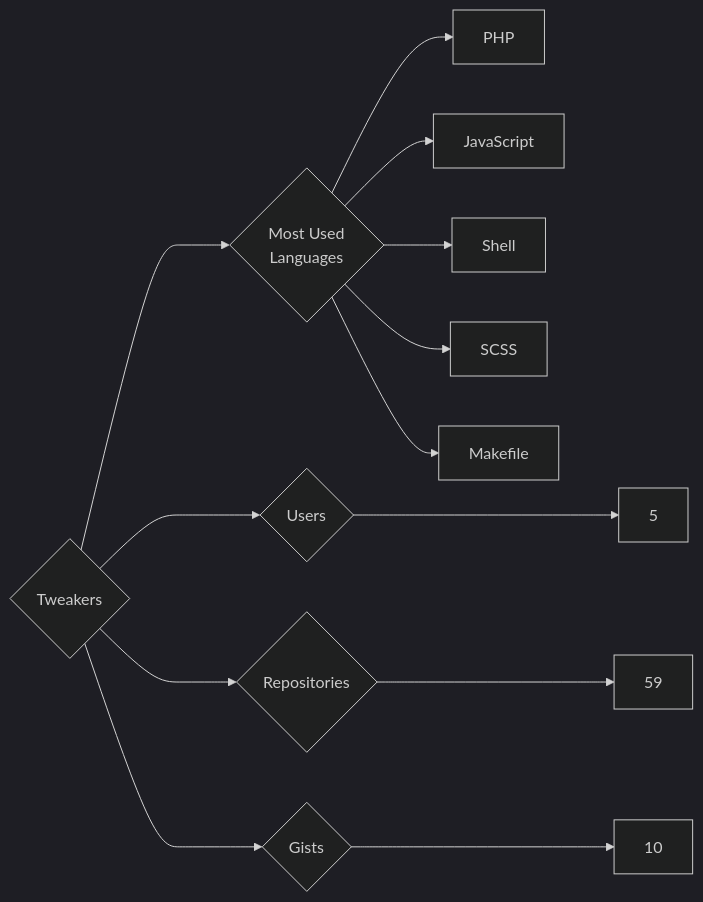
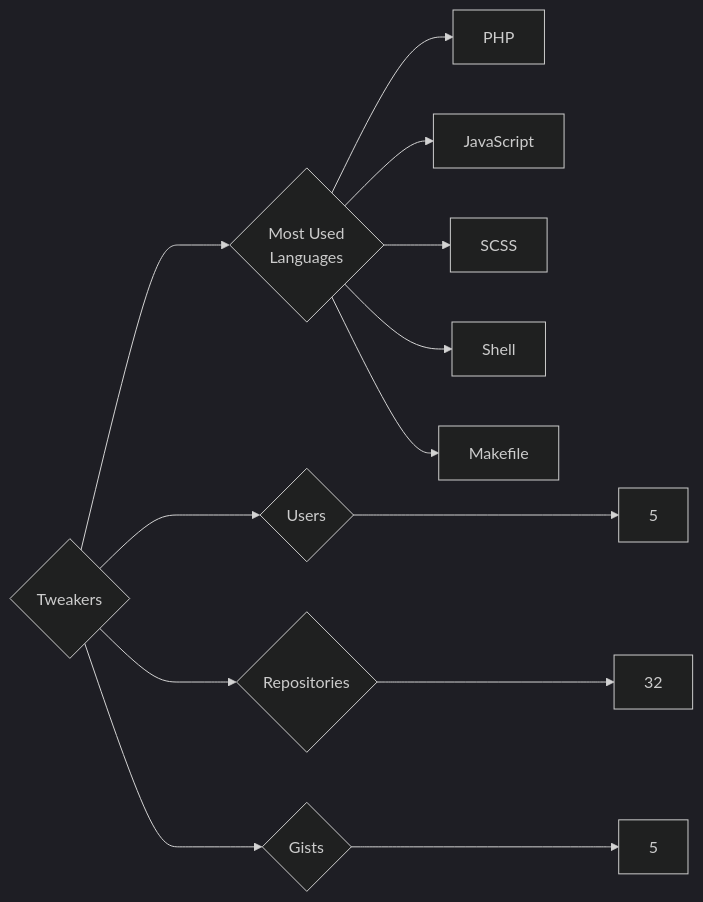
The diagram in targets/Tweakers/README.md (trickest/insiders), drawn with Mermaid (dark theme) before and after one commit. The commit also changed 965 other files, not shown here.

````diff
--- a/targets/Tweakers/README.md
+++ b/targets/Tweakers/README.md
@@ -3,13 +3,13 @@
 ```mermaid
 graph LR
 COMPANY_NAME{Tweakers}
 COMPANY_NAME ---> U{Users} ---> UN[5]
-COMPANY_NAME ---> R{Repositories} ---> RN[59]
-COMPANY_NAME ---> G{Gists} ---> GN[10]
+COMPANY_NAME ---> R{Repositories} ---> RN[32]
+COMPANY_NAME ---> G{Gists} ---> GN[5]
 COMPANY_NAME ---> ML{Most Used<br>Languages}
 ML --> PHP[PHP]
 ML --> JavaScript[JavaScript]
+ML --> SCSS[SCSS]
 ML --> Shell[Shell]
-ML --> SCSS[SCSS]
 ML --> Makefile[Makefile]
 ```
````
